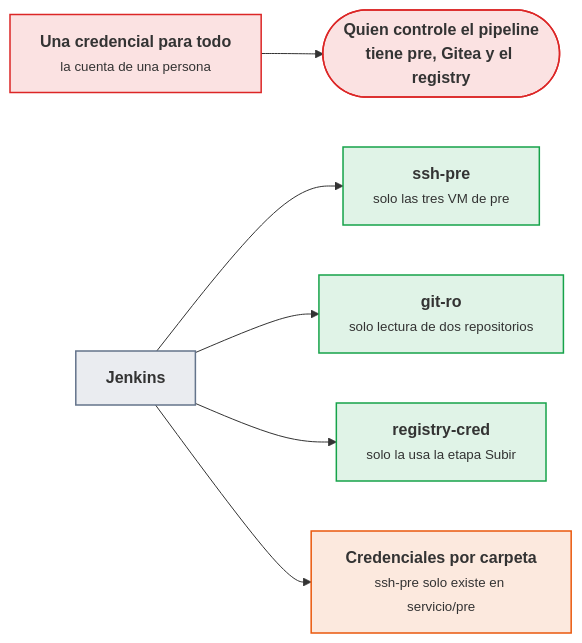
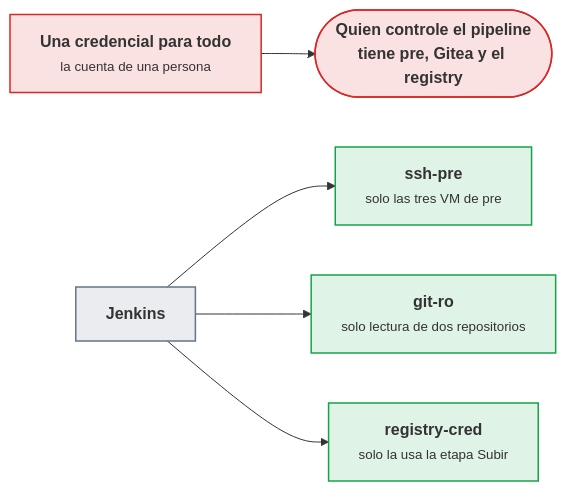
Before and after one commit to victor-educ/apuntes-5166: the seventh of 7 diagrams in docs/ut/ut6-ci.md, drawn with Mermaid. The commit also changed other lines of this file and 5 other files, not shown here.

````diff
--- a/docs/ut/ut6-ci.md
+++ b/docs/ut/ut6-ci.md
@@ -1266,19 +1377,14 @@
 ```mermaid
 flowchart LR
     MAL["<b>Una credencial para todo</b><br><small>la cuenta de una persona</small>"]:::riesgo
     TODO(["<b>Quien controle el pipeline<br>tiene pre, Gitea y el registry</b>"]):::riesgo
     J["<b>Jenkins</b>"]:::pieza
     S1["<b>ssh-pre</b><br><small>solo las tres VM de pre</small>"]:::ok
     S2["<b>git-ro</b><br><small>solo lectura de dos repositorios</small>"]:::ok
     S3["<b>registry-cred</b><br><small>solo la usa la etapa Subir</small>"]:::ok
-    CAR["<b>Credenciales por carpeta</b><br><small>ssh-pre solo existe en servicio/pre</small>"]:::act
     MAL --> TODO
     J --> S1 & S2 & S3
-    J --> CAR
-    classDef act fill:#ea580c22,stroke:#ea580c,stroke-width:1.5px
     classDef pieza fill:#64748b22,stroke:#64748b,stroke-width:1.5px
-    classDef dato fill:#2563eb22,stroke:#2563eb,stroke-width:1.5px
-    classDef infra fill:#a1a1aa14,stroke:#a1a1aa,stroke-width:1.5px
     classDef ok fill:#16a34a22,stroke:#16a34a,stroke-width:1.5px
     classDef riesgo fill:#dc262622,stroke:#dc2626,stroke-width:1.5px
 ```
````
